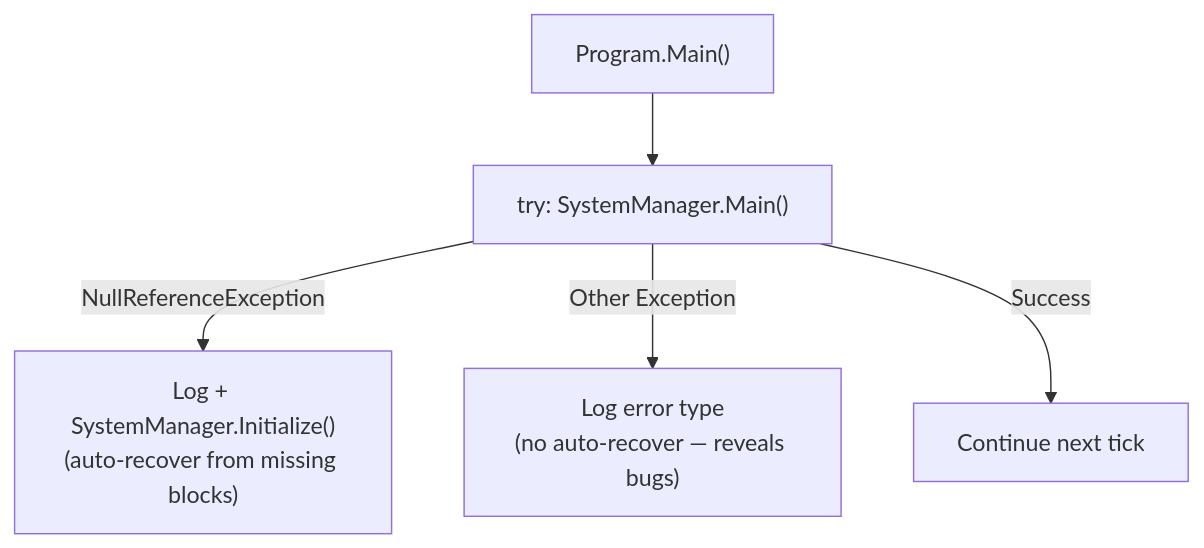
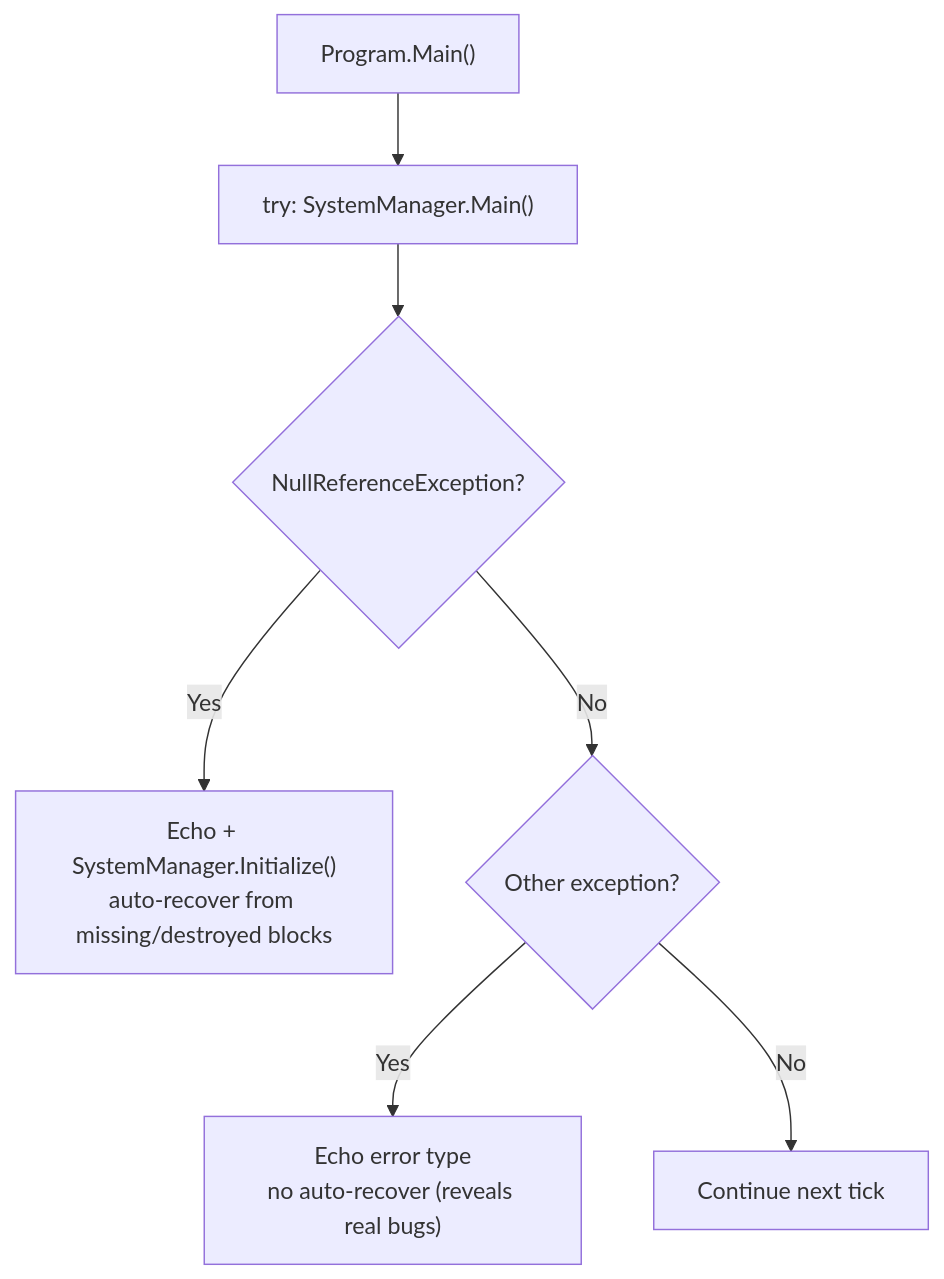
Before and after one commit to Terilia/JetOS: the seventh of 7 diagrams in docs/architecture.md, drawn with Mermaid. The commit also changed other lines of this file and 23 other files, not shown here.

````diff
--- a/docs/architecture.md
+++ b/docs/architecture.md
@@ -179,7 +303,9 @@
 ```mermaid
 flowchart TD
     MAIN["Program.Main()"] --> TRY["try: SystemManager.Main()"]
-    TRY --> |NullReferenceException| REINIT["Log + SystemManager.Initialize()\n(auto-recover from missing blocks)"]
-    TRY --> |Other Exception| LOG["Log error type\n(no auto-recover — reveals bugs)"]
-    TRY --> |Success| DONE["Continue next tick"]
+    TRY --> NRE{"NullReferenceException?"}
+    NRE -- "Yes" --> REINIT["Echo + SystemManager.Initialize()<br/>auto-recover from missing/destroyed blocks"]
+    NRE -- "No" --> OTH{Other exception?}
+    OTH -- "Yes" --> LOG["Echo error type<br/>no auto-recover (reveals real bugs)"]
+    OTH -- "No" --> OK["Continue next tick"]
 ```
````
